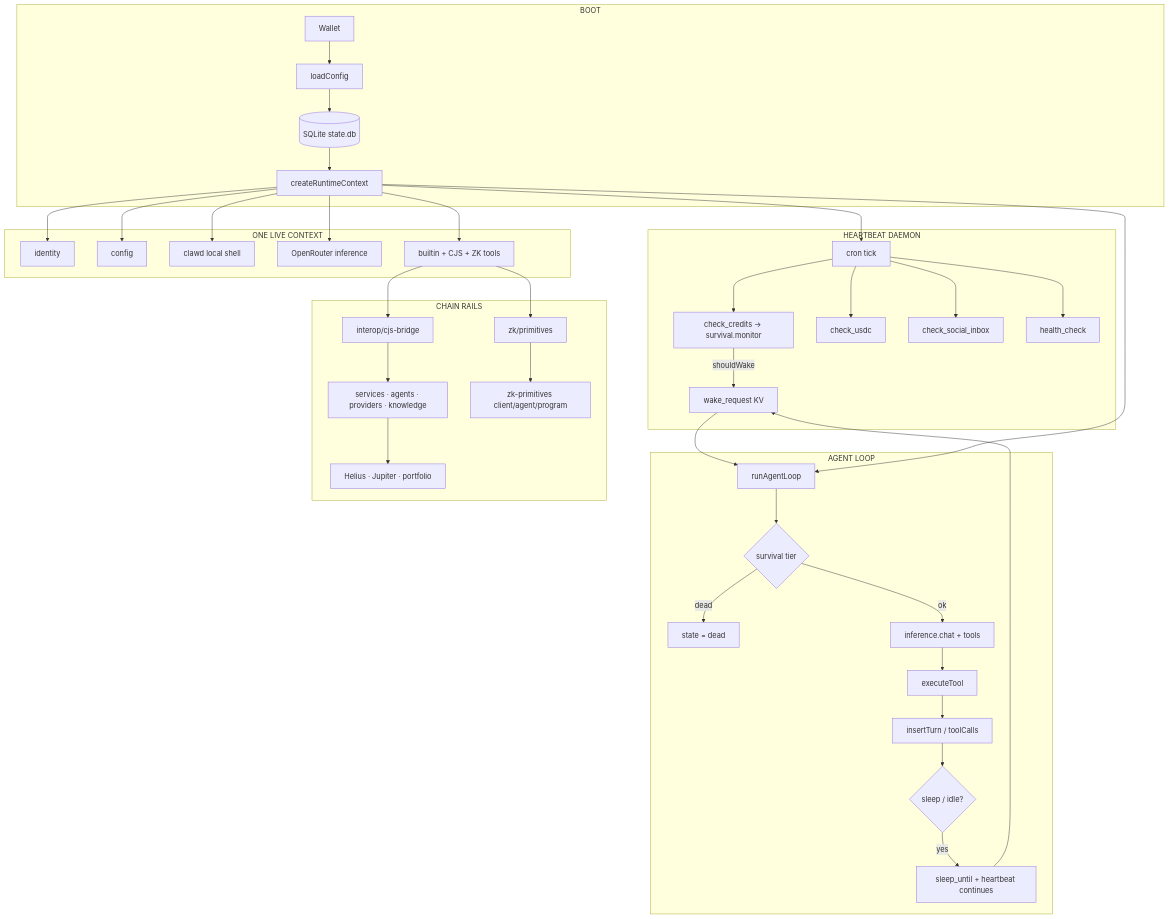
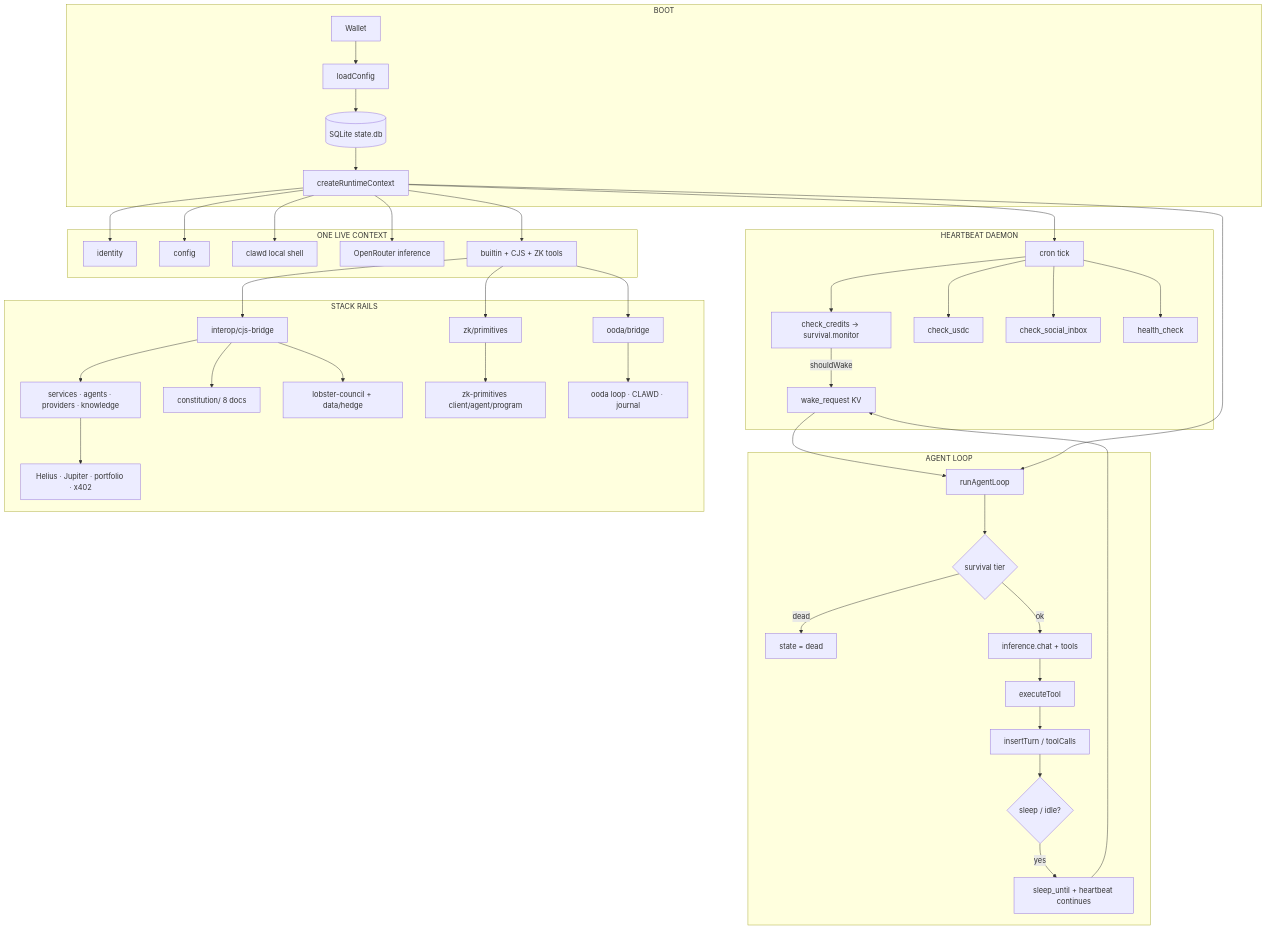
Before and after one commit to Solizardking/clawd-automation: the diagram in README.md, drawn with Mermaid. The commit also changed other lines of this file and 3 other files, not shown here.

````diff
--- a/README.md
+++ b/README.md
@@ -170,47 +248,51 @@
 ```mermaid
 flowchart TB
   subgraph boot["BOOT"]
     W[Wallet] --> C[loadConfig]
     C --> DB[(SQLite state.db)]
     DB --> RT[createRuntimeContext]
   end
 
   subgraph shared["ONE LIVE CONTEXT"]
     RT --> ID[identity]
     RT --> CFG[config]
     RT --> CON[clawd local shell]
     RT --> INF[OpenRouter inference]
     RT --> TOOLS[builtin + CJS + ZK tools]
   end
 
   subgraph pulse["HEARTBEAT DAEMON"]
     HB[cron tick] --> CR[check_credits → survival.monitor]
     HB --> US[check_usdc]
     HB --> IN[check_social_inbox]
     HB --> HL[health_check]
     CR -->|shouldWake| WAKE[wake_request KV]
   end
 
   subgraph mind["AGENT LOOP"]
     WAKE --> LOOP[runAgentLoop]
     LOOP --> TIER{survival tier}
     TIER -->|dead| BEACH[state = dead]
     TIER -->|ok| THINK[inference.chat + tools]
     THINK --> ACT[executeTool]
     ACT --> PERSIST[insertTurn / toolCalls]
     PERSIST --> SLEEP{sleep / idle?}
     SLEEP -->|yes| DRIFT[sleep_until + heartbeat continues]
     DRIFT --> WAKE
   end
 
-  subgraph rails["CHAIN RAILS"]
+  subgraph rails["STACK RAILS"]
     TOOLS --> CJS[interop/cjs-bridge]
     TOOLS --> ZK[zk/primitives]
+    TOOLS --> OODA[ooda/bridge]
     CJS --> SVC[services · agents · providers · knowledge]
+    CJS --> LAW[constitution/ 8 docs]
+    CJS --> VOX[lobster-council + data/hedge]
     ZK --> ZKT[zk-primitives client/agent/program]
-    SVC --> SOL[Helius · Jupiter · portfolio]
+    OODA --> OD[ooda loop · CLAWD · journal]
+    SVC --> SOL[Helius · Jupiter · portfolio · x402]
   end
 
   RT --> HB
   RT --> LOOP
 ```
````
